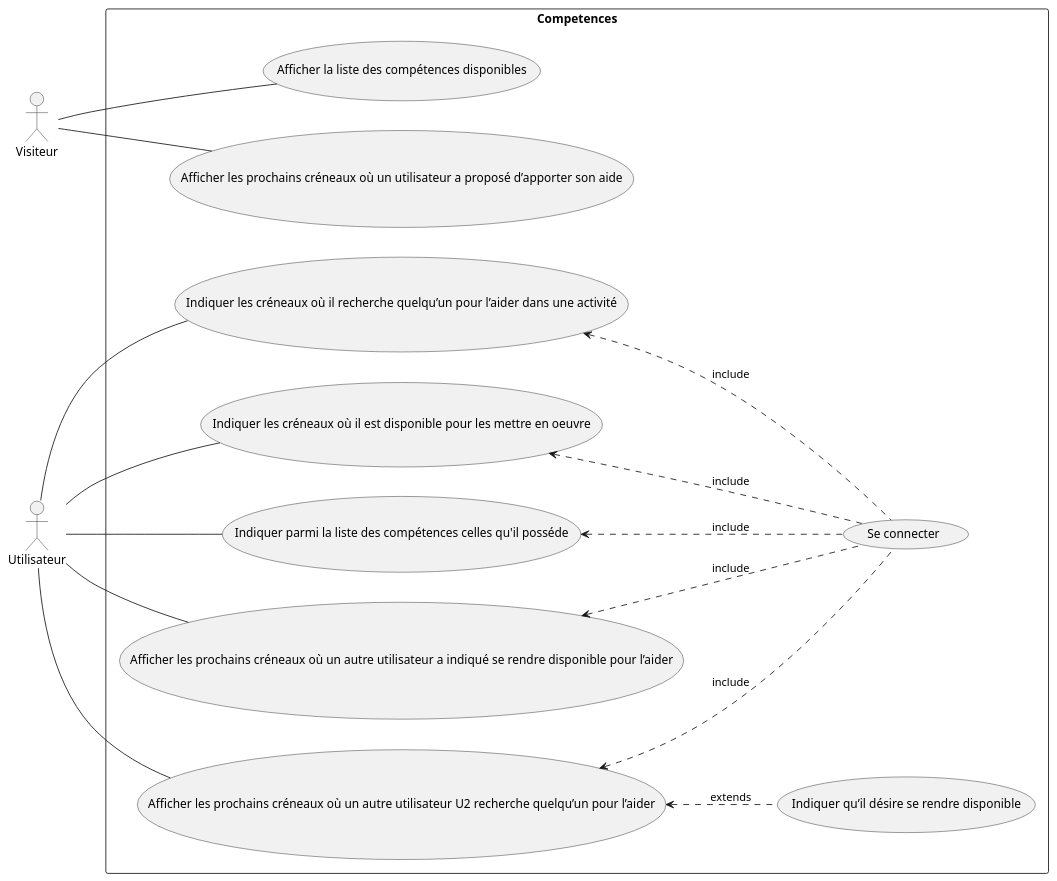
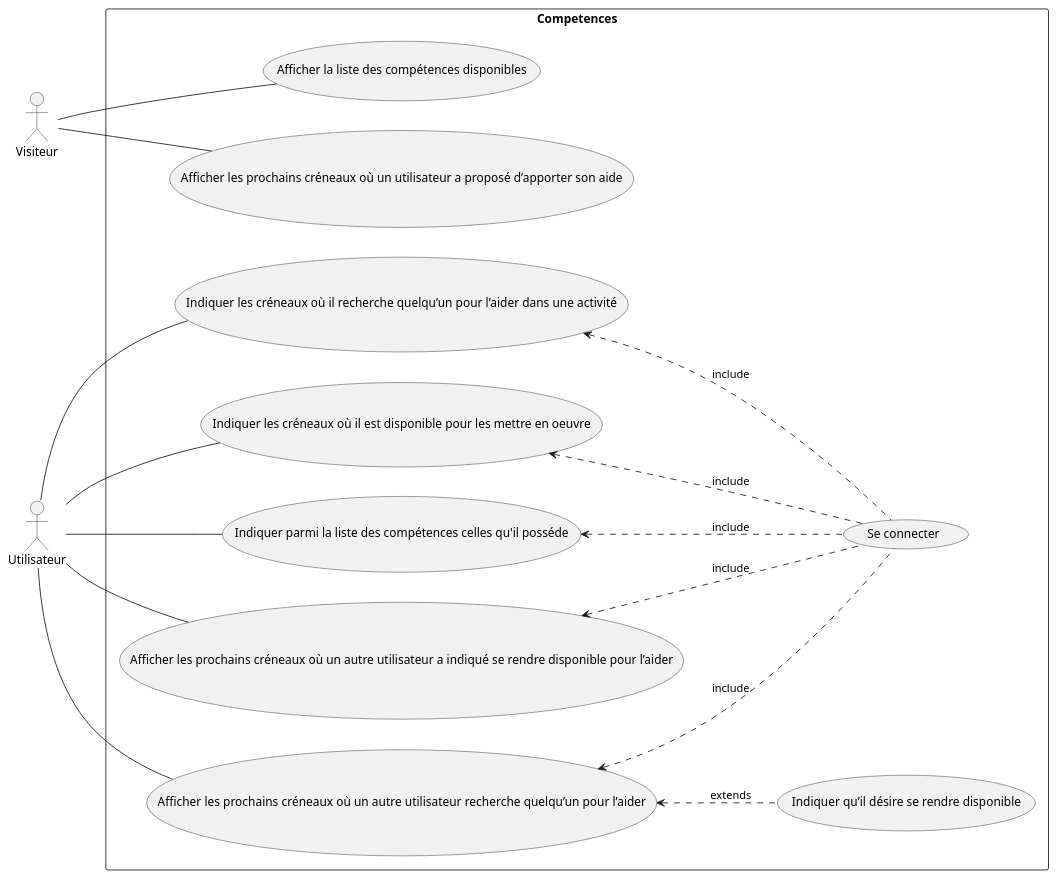
One commit to DucasseRafael91/EvalPythonDjango changed the diagram in doc/uml/1-use_case/competences-use_case.puml. Above: the diagram before and after it, drawn with PlantUML. The commit also changed 1 other file, not shown here.

```diff
--- a/doc/uml/1-use_case/competences-use_case.puml
+++ b/doc/uml/1-use_case/competences-use_case.puml
@@ -1,36 +1,36 @@
 @startuml venteFormation_use_case
 
 left to right direction
 
 actor Visiteur as v
 actor Utilisateur as u
 
 
 rectangle Competences {
   usecase "Afficher les prochains créneaux où un utilisateur a proposé d’apporter son aide" as UC1
   usecase "Afficher la liste des compétences disponibles" as UC2
   usecase "Indiquer parmi la liste des compétences celles qu'il posséde" as UC3
   usecase "Indiquer les créneaux où il est disponible pour les mettre en oeuvre" as UC4
   usecase "Indiquer les créneaux où il recherche quelqu’un pour l’aider dans une activité" as UC5
-  usecase "Afficher les prochains créneaux où un autre utilisateur U2 recherche quelqu’un pour l’aider" as UC6
+  usecase "Afficher les prochains créneaux où un autre utilisateur recherche quelqu’un pour l’aider" as UC6
   usecase "Indiquer qu’il désire se rendre disponible" as UC7
   usecase "Afficher les prochains créneaux où un autre utilisateur a indiqué se rendre disponible pour l’aider" as UC8
   usecase "Se connecter" as UC9
 }
 
 v -- UC1
 v -- UC2
 u -- UC3
 u -- UC4
 u -- UC5
 u -- UC6
 u -- UC8
 
  UC9 .up.> UC3 : include
  UC9 .up.> UC4 : include
  UC9 .up.> UC5 : include
  UC9 .up.> UC6 : include
  UC7 .up.> UC6 : extends
  UC9 .up.> UC8 : include
 
 @enduml
```
